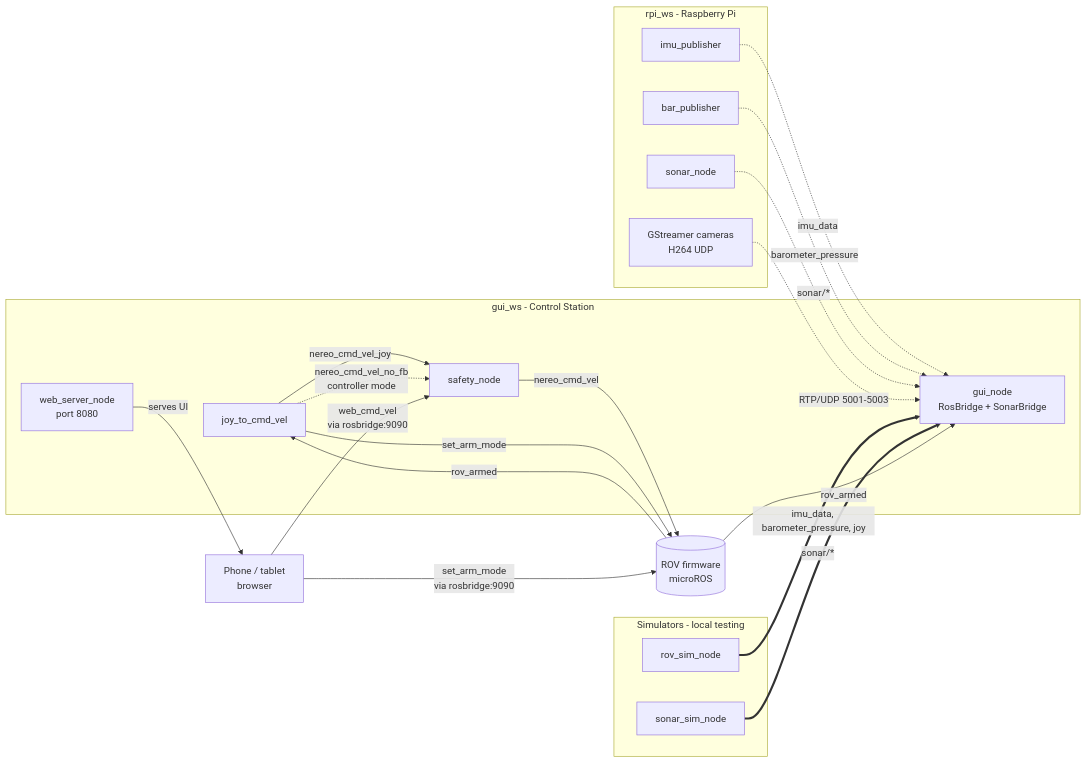
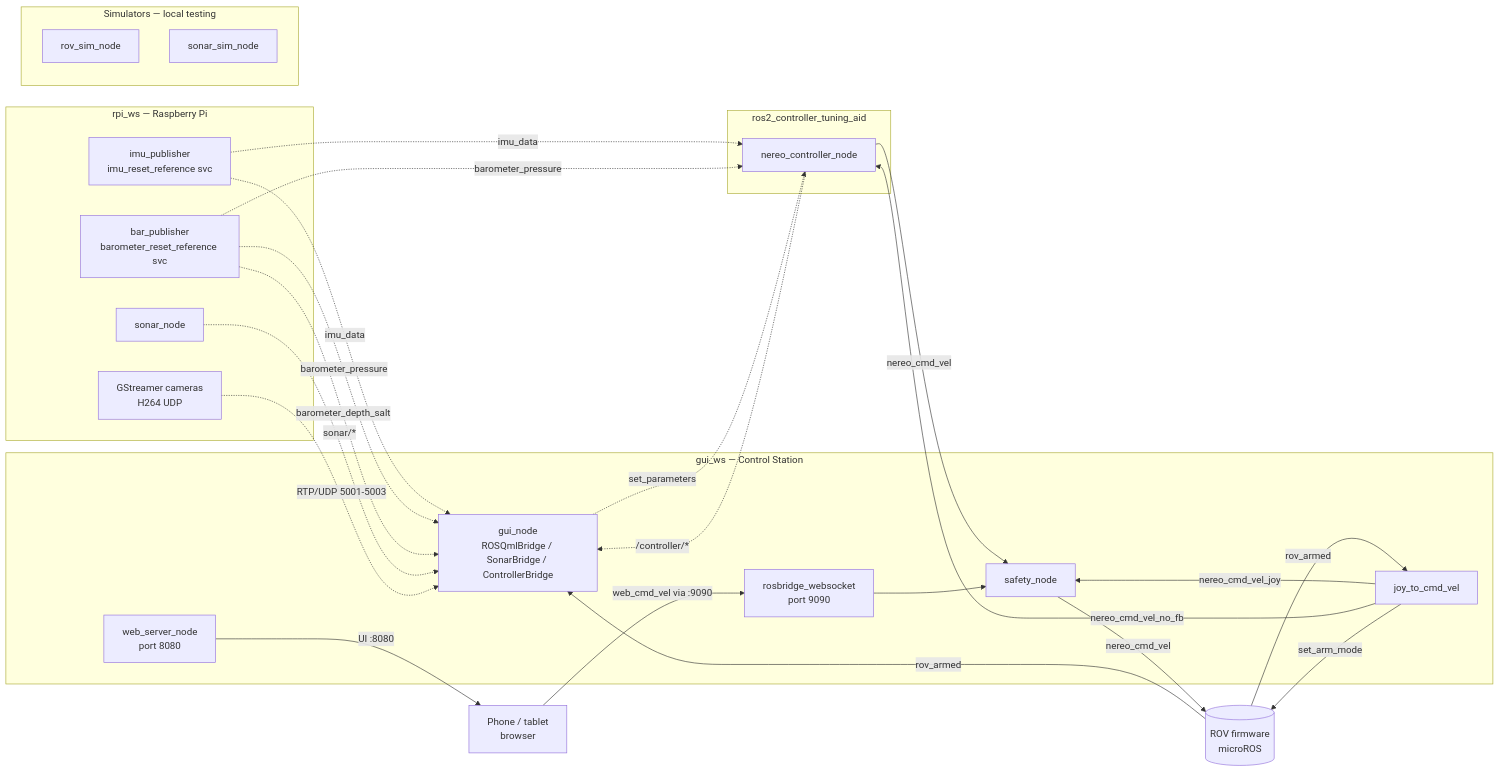
Before and after one commit to PoliTOcean/nereo_ros2_code: the diagram in README.md, drawn with Mermaid. The commit also changed other lines of this file, not shown here.

````diff
--- a/README.md
+++ b/README.md
@@ -169,41 +265,50 @@
 ```mermaid
 graph LR
-   subgraph RPI[rpi_ws - Raspberry Pi]
-      IMU[imu_publisher]
-      BAR[bar_publisher]
+   subgraph RPI[rpi_ws — Raspberry Pi]
+      IMU[imu_publisher\nimu_reset_reference svc]
+      BAR[bar_publisher\nbarometer_reset_reference svc]
       SONAR[sonar_node]
       CAM[GStreamer cameras\nH264 UDP]
    end
 
-   subgraph CTRL[gui_ws - Control Station]
-      GUI[gui_node\nRosBridge + SonarBridge]
+   subgraph CTRL[gui_ws — Control Station]
+      GUI[gui_node\nROSQmlBridge / SonarBridge / ControllerBridge]
       JOY[joy_to_cmd_vel]
       SAFETY[safety_node]
       WEB[web_server_node\nport 8080]
+      RB[rosbridge_websocket\nport 9090]
    end
 
-   subgraph SIM[Simulators - local testing]
+   subgraph TUNE[ros2_controller_tuning_aid]
+      NCN[nereo_controller_node]
+   end
+
+   subgraph SIM[Simulators — local testing]
       ROVSIM[rov_sim_node]
       SONARSIM[sonar_sim_node]
    end
 
    PHONE[Phone / tablet\nbrowser]
 
    IMU -.->|imu_data| GUI
+   IMU -.->|imu_data| NCN
    BAR -.->|barometer_pressure| GUI
+   BAR -.->|barometer_pressure| NCN
+   BAR -.->|barometer_depth_salt| GUI
    SONAR -.->|sonar/*| GUI
    CAM -.->|RTP/UDP 5001-5003| GUI
 
-   ROVSIM ==>|imu_data, barometer_pressure, joy| GUI
-   SONARSIM ==>|sonar/*| GUI
-
    JOY -->|nereo_cmd_vel_joy| SAFETY
-   JOY -.->|nereo_cmd_vel_no_fb\ncontroller mode| SAFETY
-   PHONE -->|web_cmd_vel\nvia rosbridge:9090| SAFETY
-   WEB -->|serves UI| PHONE
+   JOY -->|nereo_cmd_vel_no_fb| NCN
+   NCN -->|nereo_cmd_vel| SAFETY
+   PHONE -->|web_cmd_vel via :9090| RB
+   RB --> SAFETY
+   WEB -->|UI :8080| PHONE
    SAFETY -->|nereo_cmd_vel| ROV[(ROV firmware\nmicroROS)]
    JOY -->|set_arm_mode| ROV
-   PHONE -->|set_arm_mode\nvia rosbridge:9090| ROV
    ROV -->|rov_armed| GUI
    ROV -->|rov_armed| JOY
+
+   GUI -.->|set_parameters| NCN
+   NCN -.->|/controller/*| GUI
 ```
````
